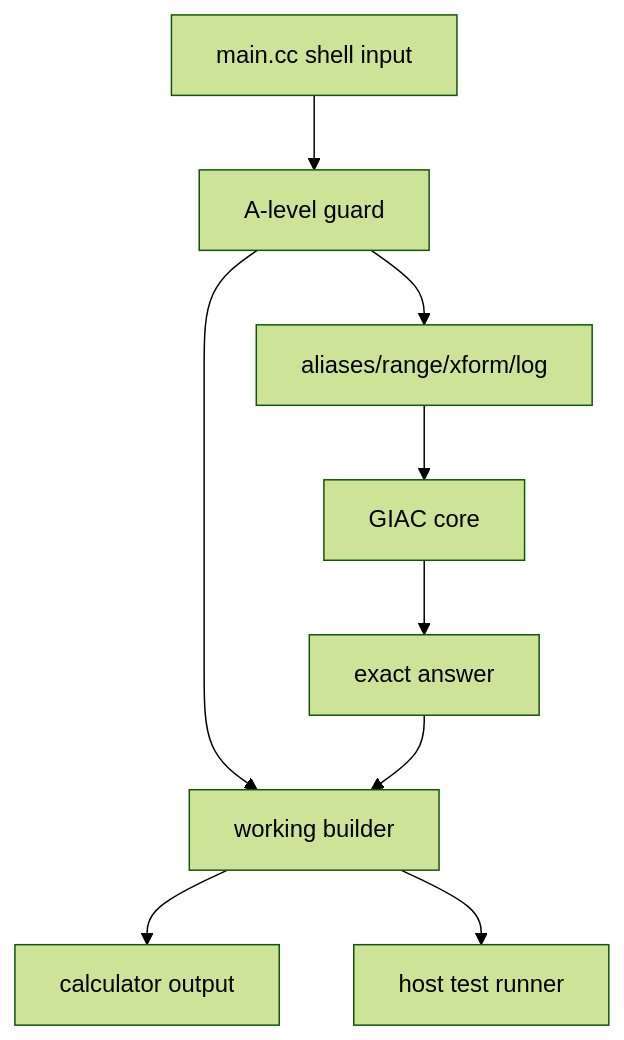
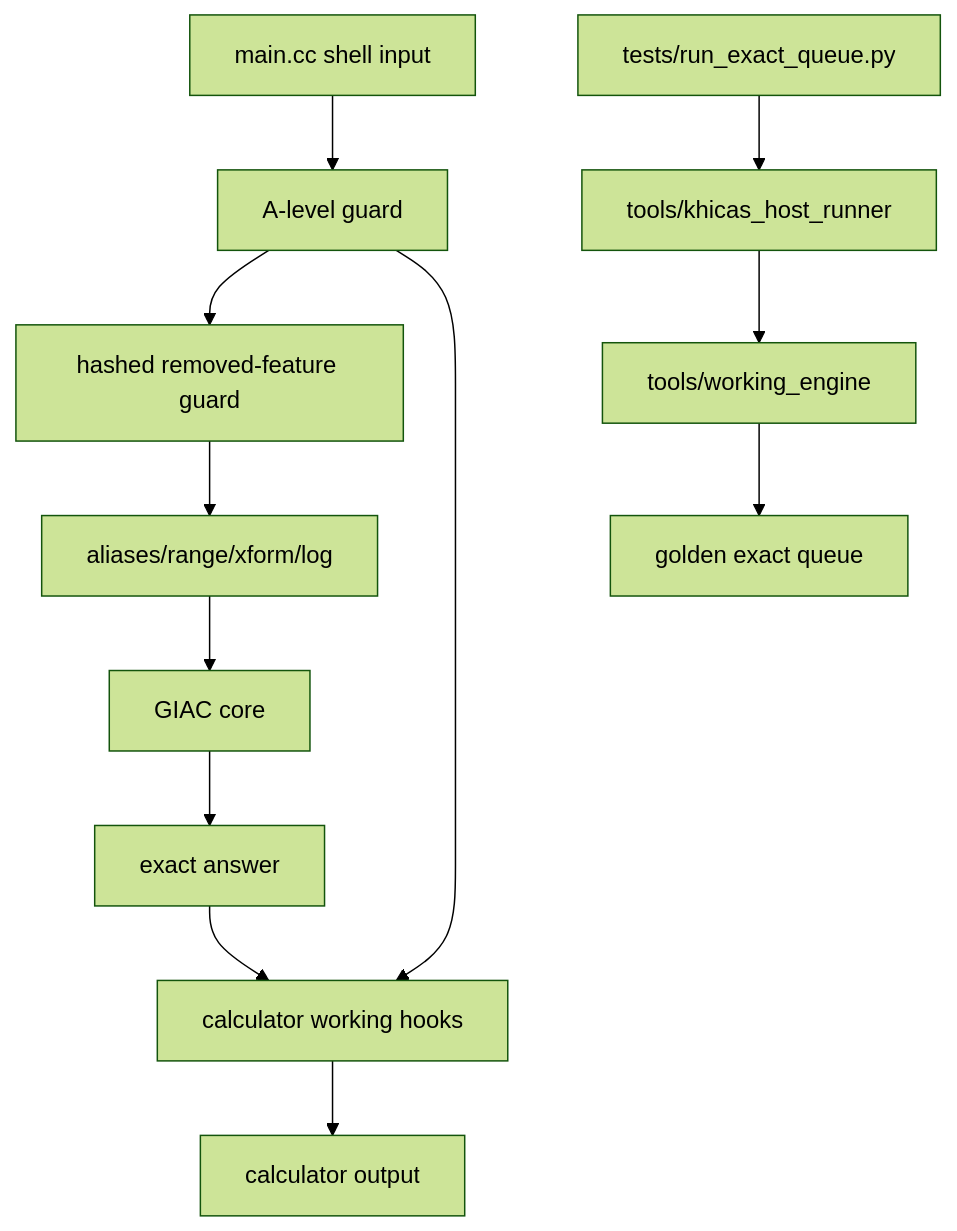
Before and after one commit to james8464/notes-addin-casio-fx-cg50: the second of 7 diagrams in docs/GRAPH.md, drawn with Mermaid (forest theme). The commit also changed other lines of this file and 76 other files, not shown here.

Commit message:
prune a-level catalog and restore host queue

````diff
--- a/docs/GRAPH.md
+++ b/docs/GRAPH.md
@@ -23,11 +25,14 @@
 ```mermaid
 graph TD
   Input["main.cc shell input"] --> Guard["A-level guard"]
-  Guard --> Rewrite["aliases/range/xform/log"]
+  Guard --> Hash["hashed removed-feature guard"]
+  Hash --> Rewrite["aliases/range/xform/log"]
   Rewrite --> Giac["GIAC core"]
   Giac --> Answer["exact answer"]
-  Guard --> Work["working builder"]
-  Answer --> Work
-  Work --> Console["calculator output"]
-  Work --> Host["host test runner"]
+  Guard --> CalcWork["calculator working hooks"]
+  HostIn["tests/run_exact_queue.py"] --> HostWrap["tools/khicas_host_runner"]
+  HostWrap --> HostWork["tools/working_engine"]
+  Answer --> CalcWork
+  CalcWork --> Console["calculator output"]
+  HostWork --> Exact["golden exact queue"]
 ```
````
